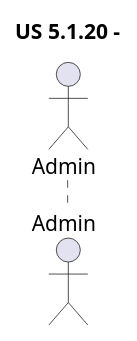
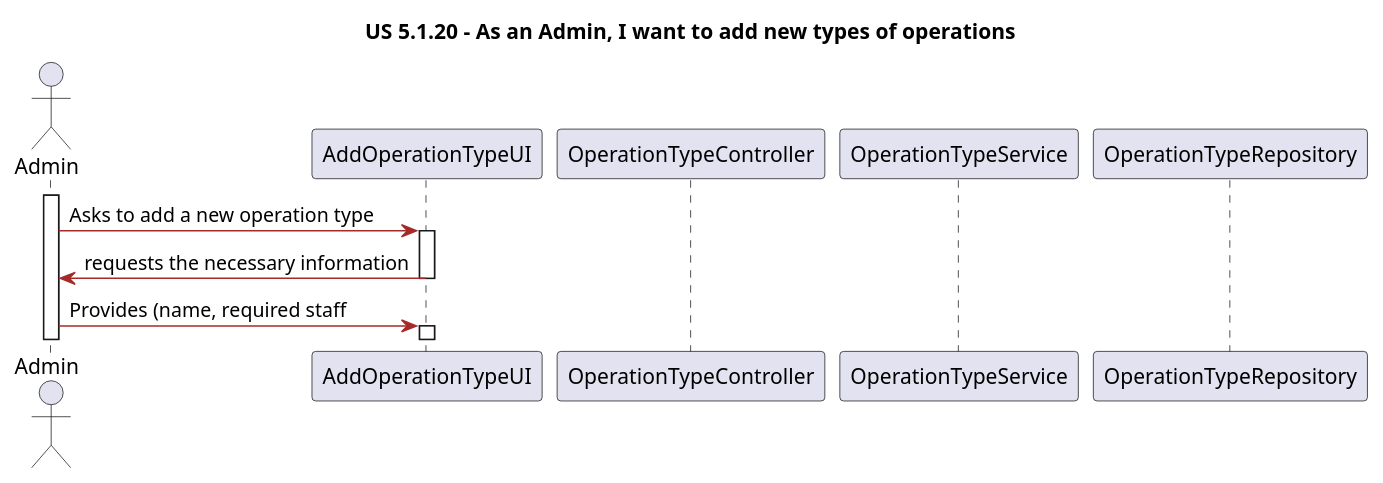
The diagram in Docs/Sprint1/UserStories/LAPR5/us5120/design/puml/sequence-diagram.puml (LAPR5-043/sem_5_24_25_043), drawn with PlantUML before and after one commit.

Commit message:
#23 Update SD

```diff
--- a/Docs/Sprint1/UserStories/LAPR5/us5120/design/puml/sequence-diagram.puml
+++ b/Docs/Sprint1/UserStories/LAPR5/us5120/design/puml/sequence-diagram.puml
@@ -1,31 +1,51 @@
 @startuml
 
 
-title US 5.1.20 - 
+title US 5.1.20 - As an Admin, I want to add new types of operations
 
 skinparam classAttributeIconSize 0
 
 skinparam class {
     LifeLineBorderColor DodgerBlue
     LifeLineBackgroundColor APPLICATION
     BackgroundColor LemonChiffon
     ArrowColor Brown
     BorderColor SaddleBrown
 }
 
 skinparam packageStyle rectangle
 
 skinparam card {
     LifeLineBorderColor DodgerBlue
     LifeLineBackgroundColor APPLICATION
     BackgroundColor LemonChiffon
     ArrowColor Brown
     BorderColor SaddleBrown
 }
 
 actor "Admin" as Admin
 
+participant "AddOperationTypeUI" as UI
+participant "OperationTypeController" as Controller
+participant "OperationTypeService" as Service
+participant "OperationTypeRepository" as Repository
+
+
+activate Admin
+
+Admin -> UI: Asks to add a new operation type
+
+activate UI
+
+UI -> Admin: requests the necessary information
+
+deactivate UI
+
+Admin -> UI: Provides (name, required staff 
+
+activate UI
+
 
 
 
 @enduml
```
